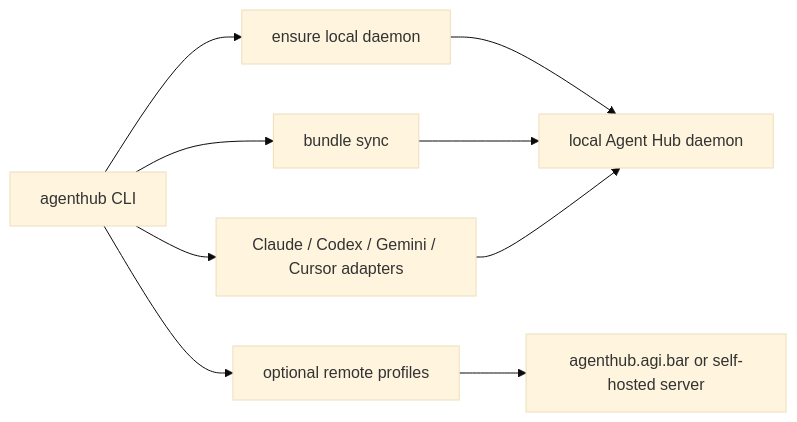
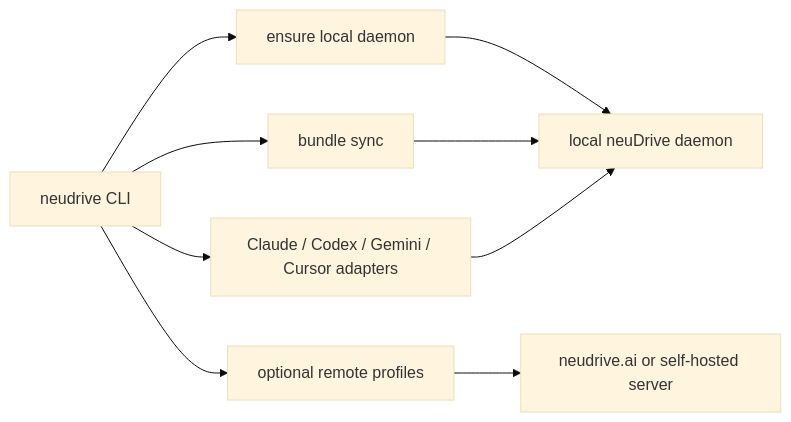
One commit to agi-bar/neuDrive changed the diagram in docs/design.md. Above: the diagram before and after it, drawn with Mermaid (base theme). The commit also changed other lines of this file and 316 other files, not shown here.

Commit message:
Rename Agent Hub to neuDrive

````diff
--- a/docs/design.md
+++ b/docs/design.md
@@ -48,11 +48,11 @@
 ```mermaid
 flowchart LR
-    CLI["agenthub CLI"] --> Ensure["ensure local daemon"]
-    Ensure --> Local["local Agent Hub daemon"]
+    CLI["neudrive CLI"] --> Ensure["ensure local daemon"]
+    Ensure --> Local["local neuDrive daemon"]
     CLI --> Platforms["Claude / Codex / Gemini / Cursor adapters"]
     CLI --> Sync["bundle sync"]
     Sync --> Local
     CLI --> Remote["optional remote profiles"]
-    Remote --> Hosted["agenthub.agi.bar or self-hosted server"]
+    Remote --> Hosted["neudrive.ai or self-hosted server"]
     Platforms --> Local
 ```
````
